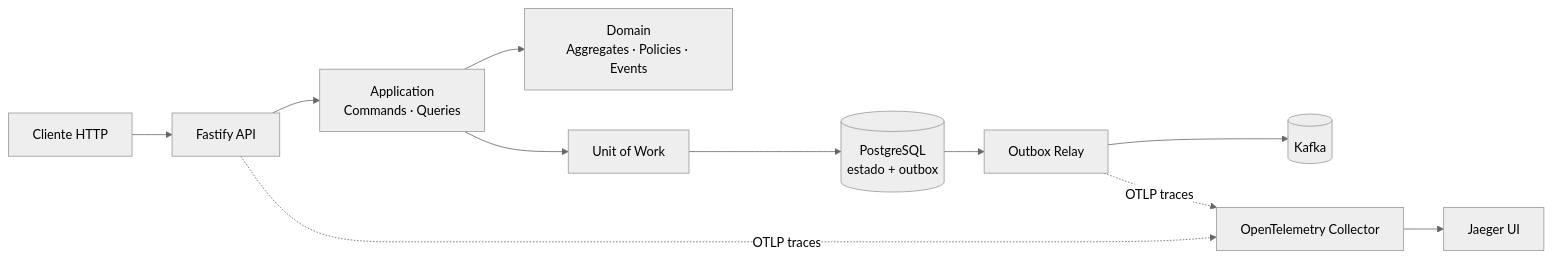
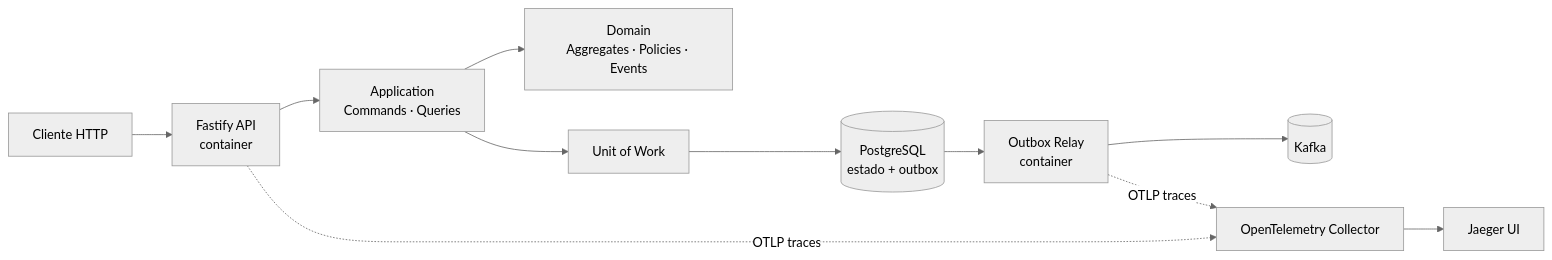
The first of 2 diagrams in README.md (MauricioGomes02/servir), drawn with Mermaid (neutral theme) before and after one commit. The commit also changed other lines of this file and 18 other files, not shown here.

First line of the commit message:
feat(infrastructure): containerize api and outbox relay

````diff
--- a/README.md
+++ b/README.md
@@ -34,13 +34,13 @@
 ```mermaid
 flowchart LR
-    Client[Cliente HTTP] --> API[Fastify API]
+    Client[Cliente HTTP] --> API[Fastify API<br/>container]
     API --> APP[Application<br/>Commands · Queries]
     APP --> DOMAIN[Domain<br/>Aggregates · Policies · Events]
     APP --> UOW[Unit of Work]
     UOW --> PG[(PostgreSQL<br/>estado + outbox)]
-    PG --> RELAY[Outbox Relay]
+    PG --> RELAY[Outbox Relay<br/>container]
     RELAY --> KAFKA[(Kafka)]
     API -. OTLP traces .-> OTEL[OpenTelemetry Collector]
     RELAY -. OTLP traces .-> OTEL
     OTEL --> JAEGER[Jaeger UI]
 ```
````
